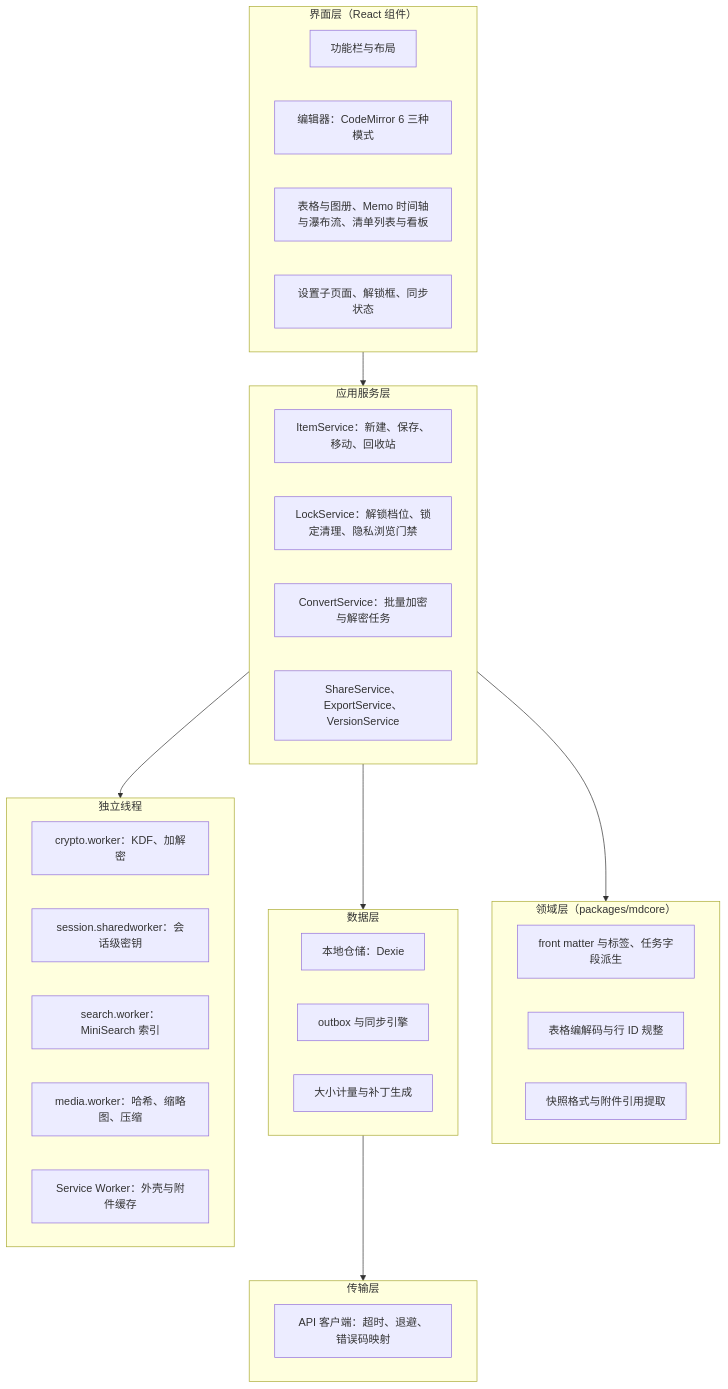
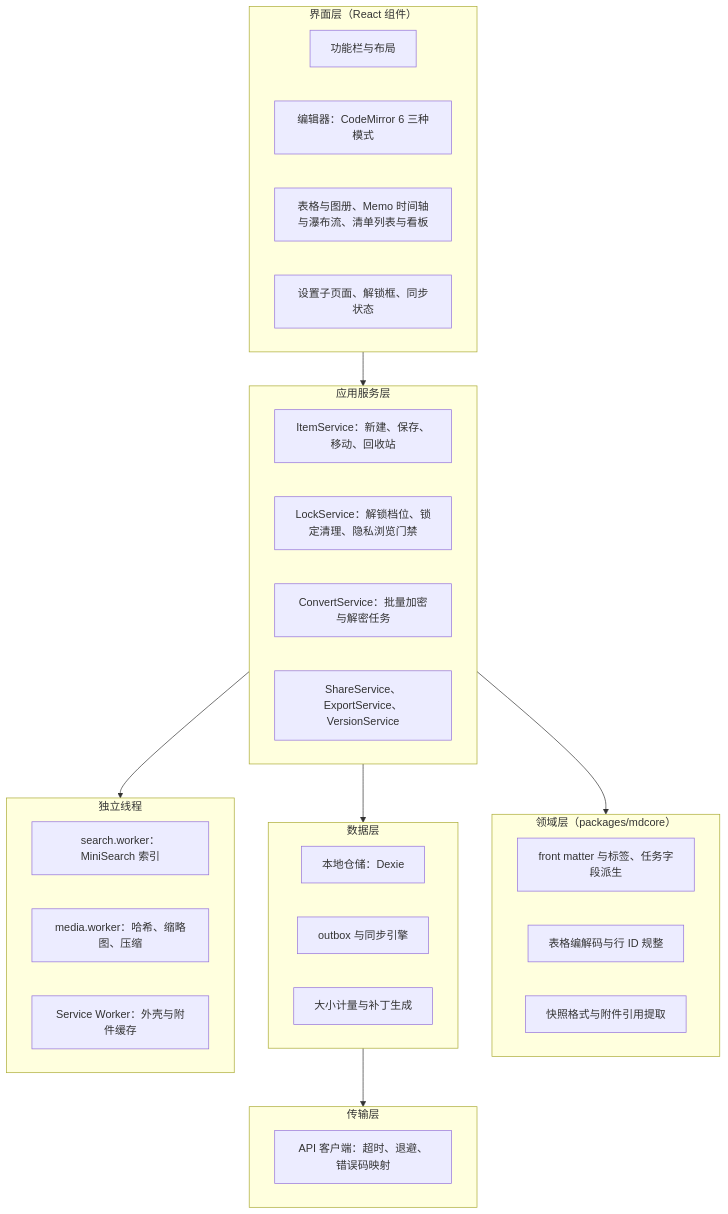
Before and after one commit to maxxie6418/MeNote: the second of 5 diagrams in Menote-项目架构-v1.md, drawn with Mermaid. The commit also changed other lines of this file and 1 other file, not shown here.

````diff
--- a/Menote-项目架构-v1.md
+++ b/Menote-项目架构-v1.md
@@ -173,40 +176,38 @@
 ```mermaid
 flowchart TB
     subgraph L1["界面层（React 组件）"]
         V1["功能栏与布局"]
         V2["编辑器：CodeMirror 6 三种模式"]
         V3["表格与图册、Memo 时间轴与瀑布流、清单列表与看板"]
         V4["设置子页面、解锁框、同步状态"]
     end
     subgraph L2["应用服务层"]
         S1["ItemService：新建、保存、移动、回收站"]
         S2["LockService：解锁档位、锁定清理、隐私浏览门禁"]
         S3["ConvertService：批量加密与解密任务"]
         S4["ShareService、ExportService、VersionService"]
     end
     subgraph L3["领域层（packages/mdcore）"]
         D1["front matter 与标签、任务字段派生"]
         D2["表格编解码与行 ID 规整"]
         D3["快照格式与附件引用提取"]
     end
     subgraph L4["数据层"]
         R1["本地仓储：Dexie"]
         R2["outbox 与同步引擎"]
         R3["大小计量与补丁生成"]
     end
     subgraph L5["传输层"]
         T1["API 客户端：超时、退避、错误码映射"]
     end
     subgraph WK["独立线程"]
-        W1["crypto.worker：KDF、加解密"]
-        W2["session.sharedworker：会话级密钥"]
         W3["search.worker：MiniSearch 索引"]
         W4["media.worker：哈希、缩略图、压缩"]
         W5["Service Worker：外壳与附件缓存"]
     end
     L1 --> L2
     L2 --> L3
     L2 --> L4
     L4 --> L5
     L2 --> WK
 ```
````
